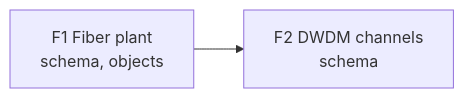
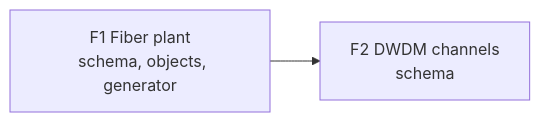
One commit to opsmill/infrahub-skills changed the first of 2 diagrams in skills/infrahub-designing-models/references/brief-format.md. Above: the diagram before and after it, drawn with Mermaid. The commit also changed other lines of this file and 6 other files, not shown here.

````diff
--- a/skills/infrahub-designing-models/references/brief-format.md
+++ b/skills/infrahub-designing-models/references/brief-format.md
@@ -127,8 +127,8 @@
 ```mermaid
 graph LR
   F1["F1 Fiber plant
-  schema, objects"]
+  schema, objects, generator"]
   F2["F2 DWDM channels
   schema"]
   F1 --> F2
 ```
````
